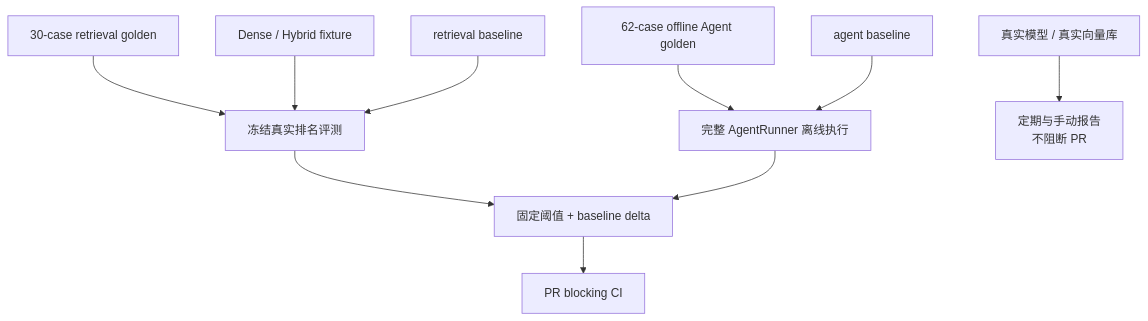
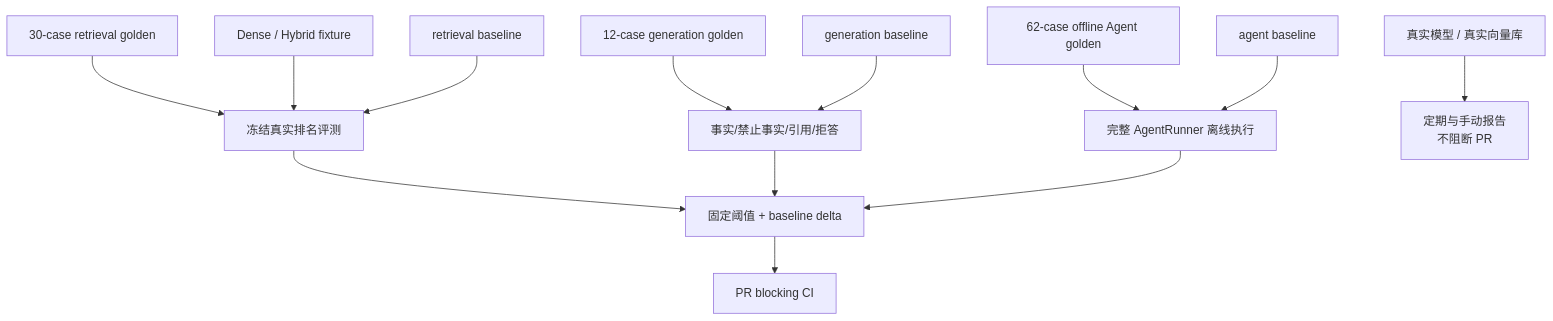
Before and after one commit to sleeping-Zack/agentproject: diagram 16 of 20 in README.md, drawn with Mermaid. The commit also changed other lines of this file and 17 other files, not shown here.

````diff
--- a/README.md
+++ b/README.md
@@ -686,14 +688,17 @@
 ```mermaid
 flowchart TB
     RetrievalGolden["30-case retrieval golden"] --> RetrievalEval["冻结真实排名评测"]
     RetrievalFixture["Dense / Hybrid fixture"] --> RetrievalEval
     RetrievalBaseline["retrieval baseline"] --> RetrievalEval
 
+    GenerationGolden["12-case generation golden"] --> GenerationEval["事实/禁止事实/引用/拒答"]
+    GenerationBaseline["generation baseline"] --> GenerationEval
     AgentGolden["62-case offline Agent golden"] --> AgentEval["完整 AgentRunner 离线执行"]
     AgentBaseline["agent baseline"] --> AgentEval
 
     RetrievalEval --> Gate["固定阈值 + baseline delta"]
+    GenerationEval --> Gate
     AgentEval --> Gate
     Gate --> CI["PR blocking CI"]
     Online["真实模型 / 真实向量库"] --> Scheduled["定期与手动报告\n不阻断 PR"]
 ```
````
